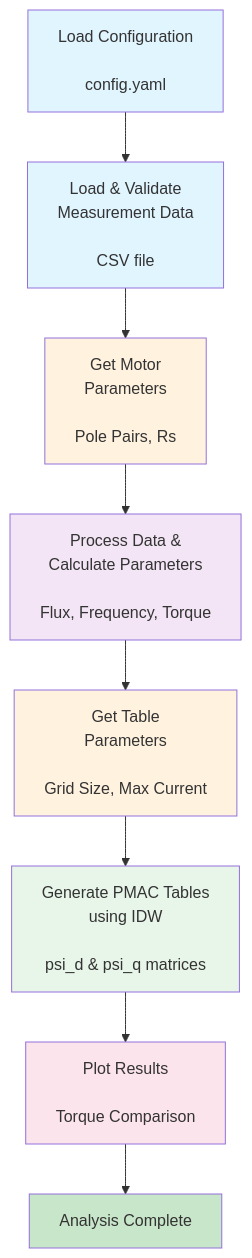
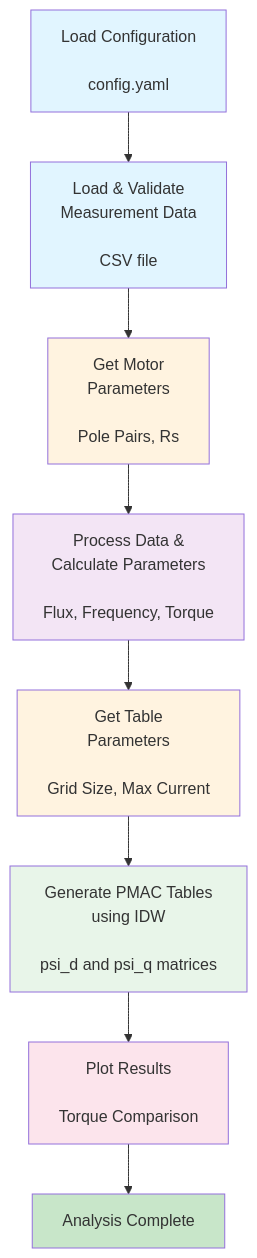
One commit to seanbf/tableGen changed the first of 3 diagrams in docs/README.md. Above: the diagram before and after it, drawn with Mermaid. The commit also changed other lines of this file, not shown here.

Commit message:
Fix mermaid diagrams and equations: replace Unicode with ASCII for better compatibility

````diff
--- a/docs/README.md
+++ b/docs/README.md
@@ -11,19 +11,19 @@
 ```mermaid
 graph TD
     A["Load Configuration<br/><br/>config.yaml"] --> B["Load & Validate<br/>Measurement Data<br/><br/>CSV file"]
     B --> C["Get Motor<br/>Parameters<br/><br/>Pole Pairs, Rs"]
     C --> D["Process Data &<br/>Calculate Parameters<br/><br/>Flux, Frequency, Torque"]
     D --> E["Get Table<br/>Parameters<br/><br/>Grid Size, Max Current"]
-    E --> F["Generate PMAC Tables<br/>using IDW<br/><br/>psi_d & psi_q matrices"]
+    E --> F["Generate PMAC Tables<br/>using IDW<br/><br/>psi_d and psi_q matrices"]
     F --> G["Plot Results<br/><br/>Torque Comparison"]
     G --> H["Analysis Complete"]
     
     style A fill:#e1f5ff
     style B fill:#e1f5ff
     style C fill:#fff3e0
     style D fill:#f3e5f5
     style E fill:#fff3e0
     style F fill:#e8f5e9
     style G fill:#fce4ec
     style H fill:#c8e6c9
 ```
````
